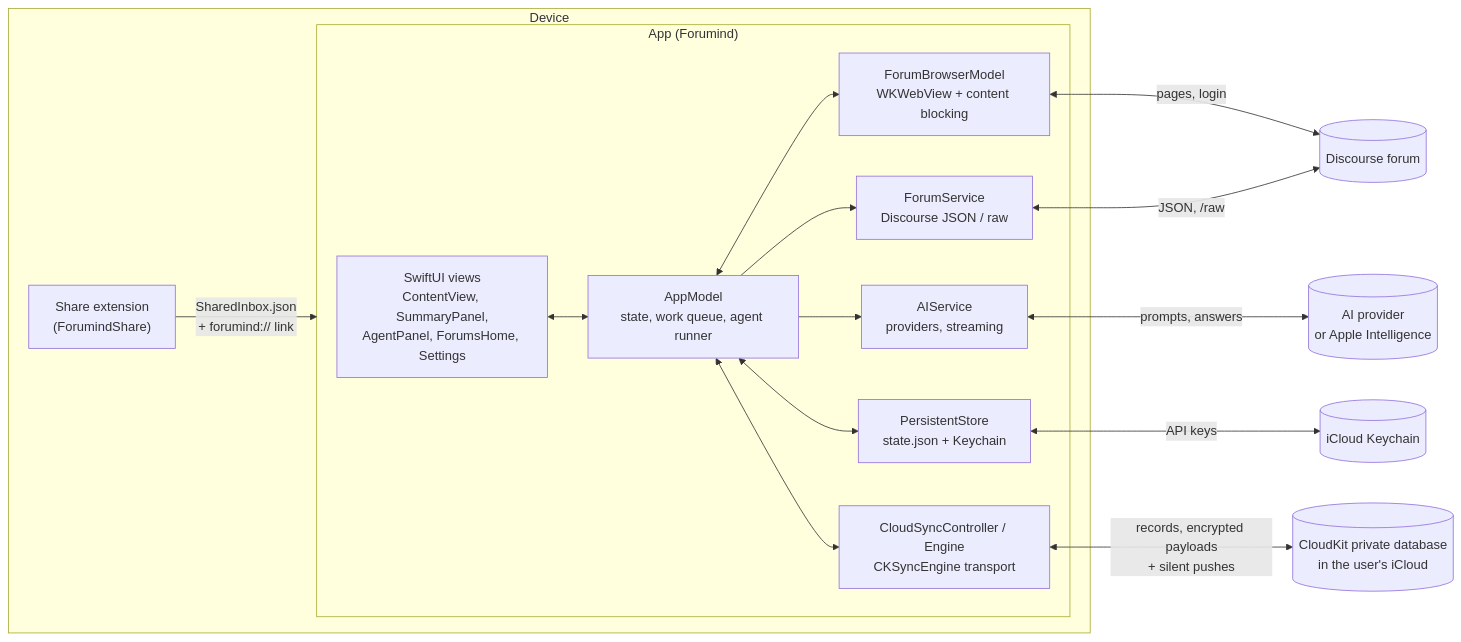
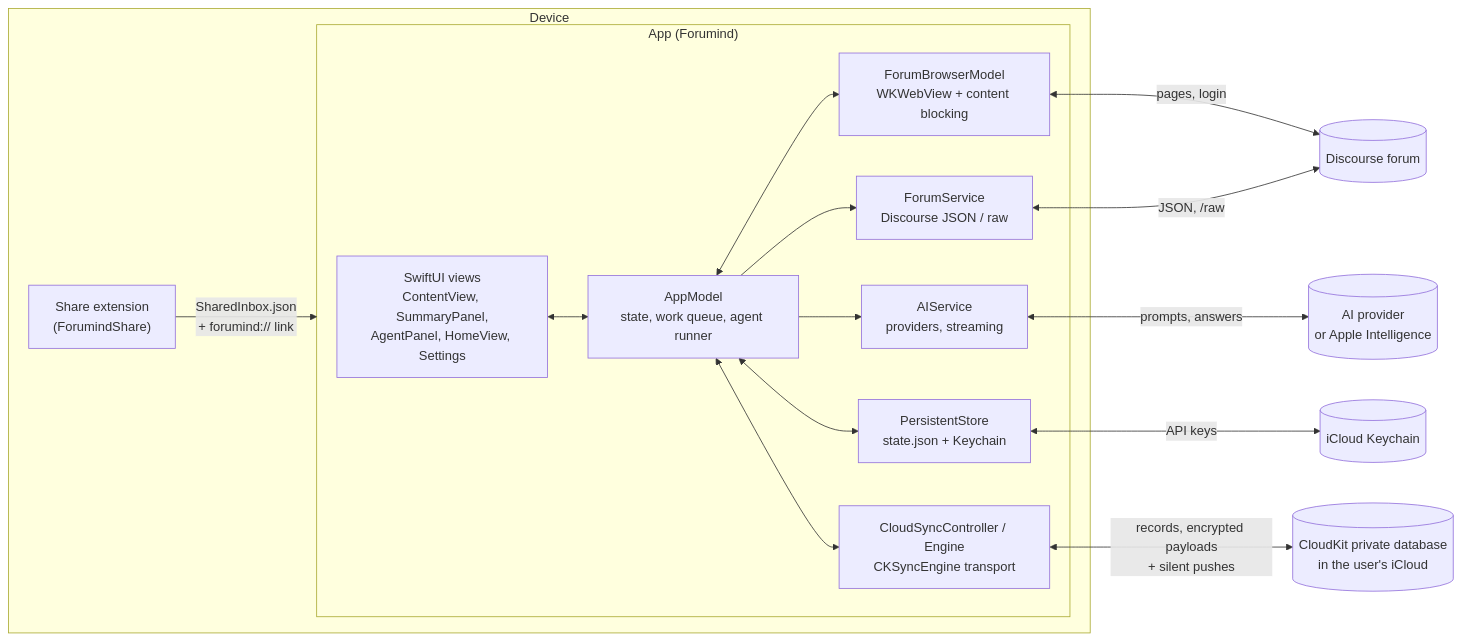
The first of 3 diagrams in docs/ARCHITECTURE.md (kccarlos/forumind), drawn with Mermaid before and after one commit. The commit also changed other lines of this file and 98 other files, not shown here.

````diff
--- a/docs/ARCHITECTURE.md
+++ b/docs/ARCHITECTURE.md
@@ -8,26 +8,26 @@
 ```mermaid
 flowchart LR
   subgraph Device
     Share["Share extension<br/>(ForumindShare)"] -- "SharedInbox.json<br/>+ forumind:// link" --> App
     subgraph App["App (Forumind)"]
-      UI["SwiftUI views<br/>ContentView, SummaryPanel,<br/>AgentPanel, ForumsHome, Settings"]
+      UI["SwiftUI views<br/>ContentView, SummaryPanel,<br/>AgentPanel, HomeView, Settings"]
       Model["AppModel<br/>state, work queue, agent runner"]
       Browser["ForumBrowserModel<br/>WKWebView + content blocking"]
       Forum["ForumService<br/>Discourse JSON / raw"]
       AI["AIService<br/>providers, streaming"]
       Store["PersistentStore<br/>state.json + Keychain"]
       Sync["CloudSyncController / Engine<br/>CKSyncEngine transport"]
       UI <--> Model
       Model <--> Browser
       Model --> Forum
       Model --> AI
       Model <--> Store
       Model <--> Sync
     end
   end
   Browser <-- "pages, login" --> Discourse[(Discourse forum)]
   Forum <-- "JSON, /raw" --> Discourse
   AI <-- "prompts, answers" --> Provider[(AI provider<br/>or Apple Intelligence)]
   Sync <-- "records, encrypted payloads<br/>+ silent pushes" --> ICloud[(CloudKit private database<br/>in the user's iCloud)]
   Store <-- "API keys" --> Keychain[(iCloud Keychain)]
 ```
````
